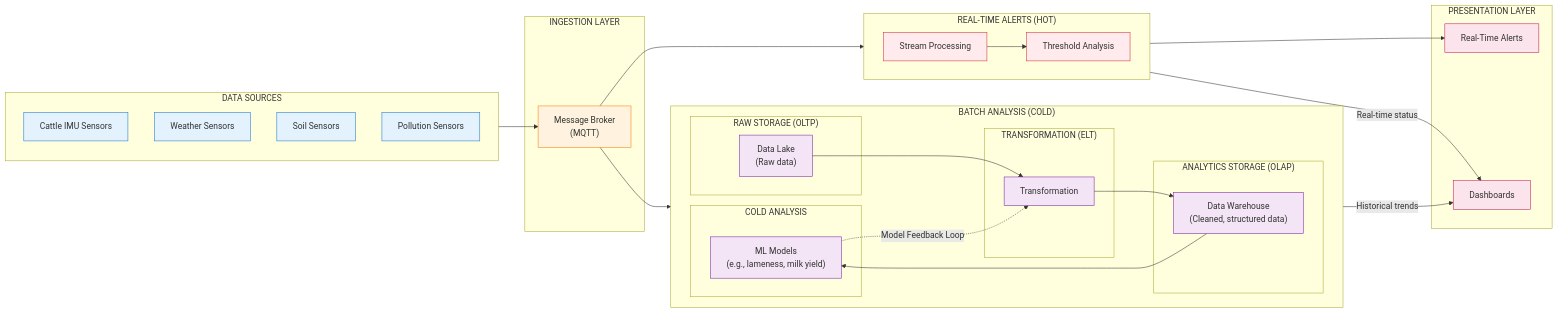
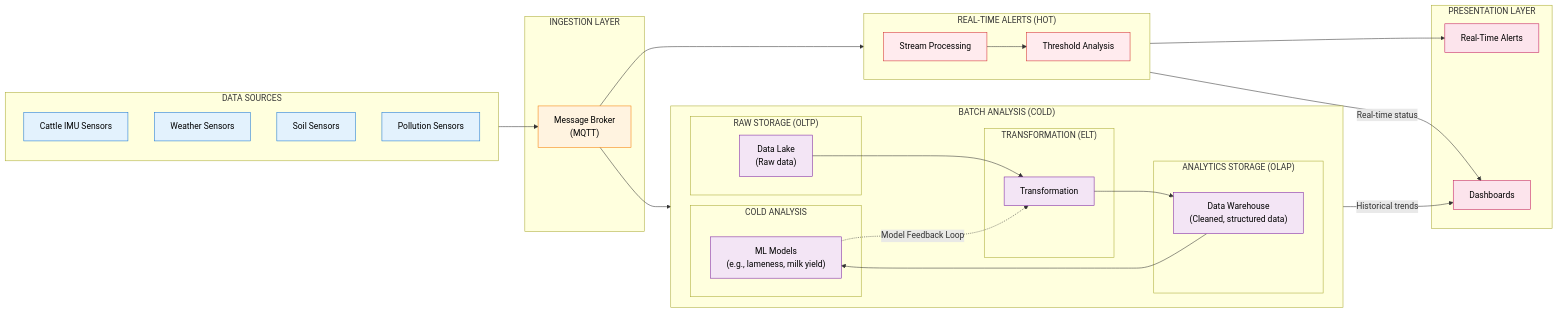
The first of 2 diagrams in docs/architecture-diagrams.md (aydanthompson/smart-agrifarming-is), drawn with Mermaid before and after one commit. The commit also changed other lines of this file, not shown here.

Commit message:
Set diagram colour to black

````diff
--- a/docs/architecture-diagrams.md
+++ b/docs/architecture-diagrams.md
@@ -5,65 +5,65 @@
 ```mermaid
 flowchart LR
     subgraph sources["DATA SOURCES"]
         cattle[Cattle IMU Sensors]
         weather[Weather Sensors]
         soil[Soil Sensors]
         pollution[Pollution Sensors]
     end
 
     subgraph ingestion["INGESTION LAYER"]
         broker["Message Broker<br>(MQTT)"]
     end
 
     subgraph cold_path["BATCH ANALYSIS (COLD)"]
         direction LR
         subgraph raw["RAW STORAGE (OLTP)"]
             lake["Data Lake<br>(Raw data)"]
         end
 
         subgraph transform["TRANSFORMATION (ELT)"]
             etl["Transformation"]
         end
 
         subgraph warehouse["ANALYTICS STORAGE (OLAP)"]
             dw["Data Warehouse<br>(Cleaned, structured data)"]
         end
 
         subgraph analytics["COLD ANALYSIS"]
             ml["ML Models<br>(e.g., lameness, milk yield)"]
         end
 
         lake --> etl --> dw --> ml
         ml -.->|"Model Feedback Loop"| etl
     end
 
     subgraph hot_path["REAL-TIME ALERTS (HOT)"]
         direction LR
         stream_proc["Stream Processing"]
         alerts["Threshold Analysis"]
     end
 
     subgraph presentation["PRESENTATION LAYER"]
         dash["Dashboards"]
         realtime_alert["Real-Time Alerts"]
     end
 
     sources --> broker
     broker --> lake
     broker --> stream_proc
     stream_proc --> alerts --> realtime_alert
     stream_proc -->|"Real-time status"| dash
     dw -->|"Historical trends"|dash
 
-    classDef sourceStyle fill:#e3f2fd,stroke:#1976d2
-    classDef ingestStyle fill:#fff3e0,stroke:#f57c00
-    classDef coldStyle fill:#f3e5f5,stroke:#7b1fa2
-    classDef hotStyle fill:#ffebee,stroke:#d32f2f
-    classDef presentStyle fill:#fce4ec,stroke:#c2185b
+    classDef sourceStyle fill:#e3f2fd,stroke:#1976d2,color:#000
+    classDef ingestStyle fill:#fff3e0,stroke:#f57c00,color:#000
+    classDef coldStyle fill:#f3e5f5,stroke:#7b1fa2,color:#000
+    classDef hotStyle fill:#ffebee,stroke:#d32f2f,color:#000
+    classDef presentStyle fill:#fce4ec,stroke:#c2185b,color:#000
 
     class cattle,weather,soil,pollution sourceStyle
     class broker ingestStyle
     class lake,etl,dw,ml coldStyle
     class stream_proc,alerts hotStyle
     class dash,realtime_alert presentStyle
 ```
````
